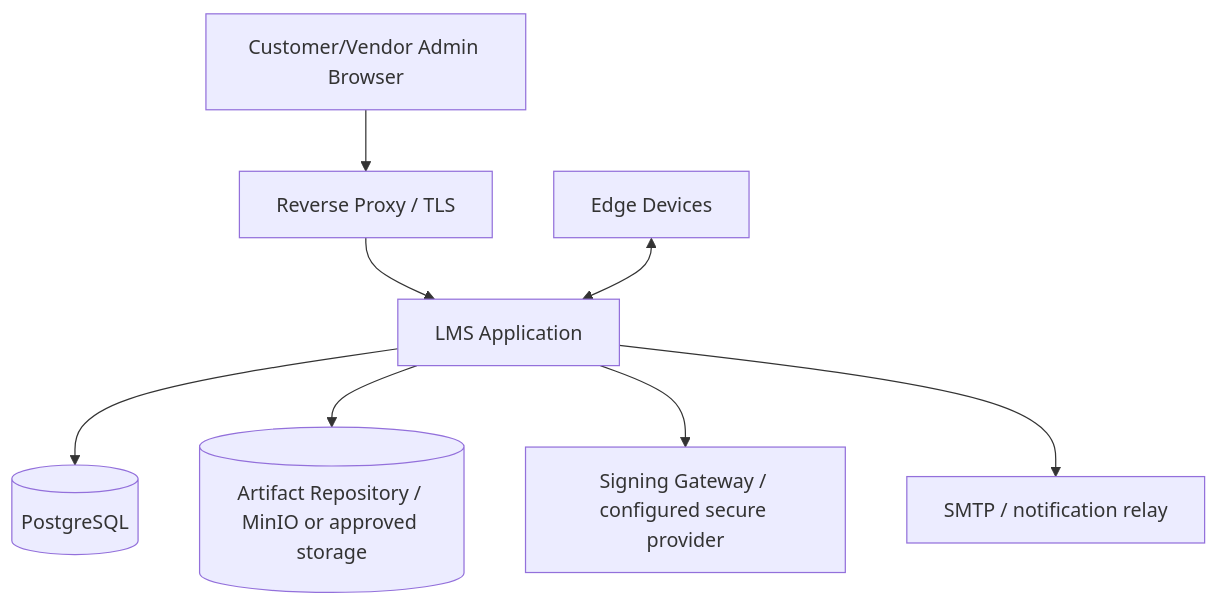
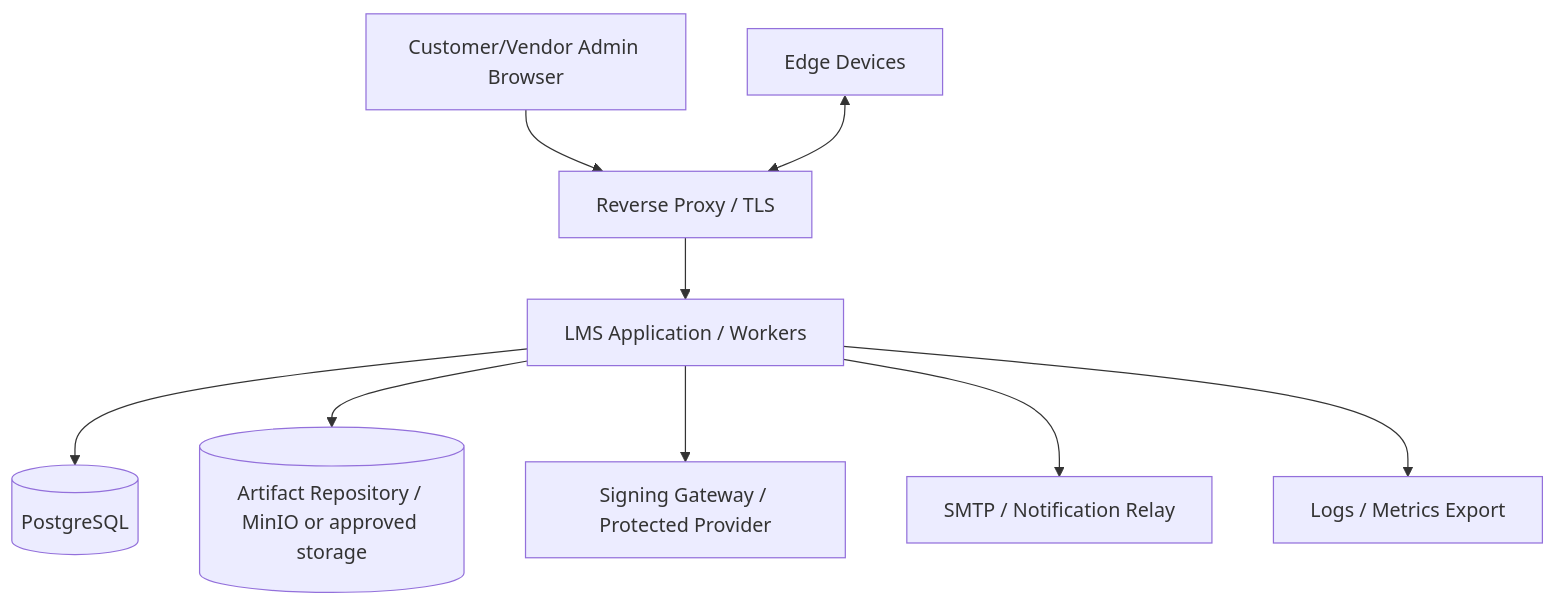
The diagram in docs/operations/customer-hosted-topology.md (Niranjan1005/lms), drawn with Mermaid before and after one commit. The commit also changed other lines of this file, not shown here.

```diff
--- a/docs/operations/customer-hosted-topology.md
+++ b/docs/operations/customer-hosted-topology.md
@@ -7,10 +7,11 @@
 ~~~mermaid
 flowchart TB
     U[Customer/Vendor Admin Browser] --> RP[Reverse Proxy / TLS]
-    RP --> LMS[LMS Application]
+    RP --> LMS[LMS Application / Workers]
     LMS --> PG[(PostgreSQL)]
     LMS --> AR[(Artifact Repository / MinIO or approved storage)]
-    LMS --> SG[Signing Gateway / configured secure provider]
-    LMS --> SMTP[SMTP / notification relay]
-    EDGE[Edge Devices] <--> LMS
+    LMS --> SG[Signing Gateway / Protected Provider]
+    LMS --> SMTP[SMTP / Notification Relay]
+    LMS --> OBS[Logs / Metrics Export]
+    EDGE[Edge Devices] <--> RP
 ~~~
```
